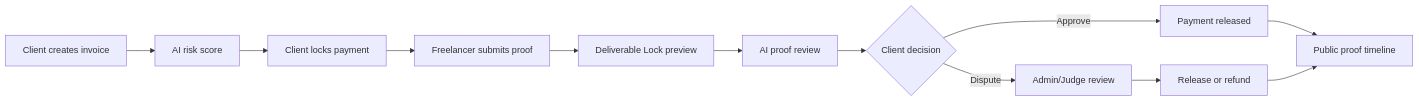
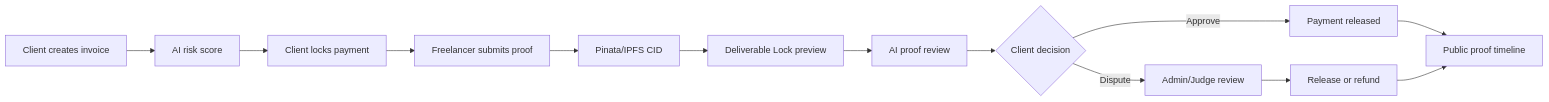
The first of 2 diagrams in README.md (virajkvk18/SealPay), drawn with Mermaid before and after one commit. The commit also changed other lines of this file and 12 other files, not shown here.

Commit message:
Add IPFS proof upload and AI review flow

````diff
--- a/README.md
+++ b/README.md
@@ -50,14 +51,15 @@
 ```mermaid
 flowchart LR
   A["Client creates invoice"] --> B["AI risk score"]
   B --> C["Client locks payment"]
   C --> D["Freelancer submits proof"]
-  D --> E["Deliverable Lock preview"]
-  E --> F["AI proof review"]
-  F --> G{"Client decision"}
-  G -->|Approve| H["Payment released"]
-  G -->|Dispute| I["Admin/Judge review"]
-  I --> J["Release or refund"]
-  H --> K["Public proof timeline"]
-  J --> K
+  D --> E["Pinata/IPFS CID"]
+  E --> F["Deliverable Lock preview"]
+  F --> G["AI proof review"]
+  G --> H{"Client decision"}
+  H -->|Approve| I["Payment released"]
+  H -->|Dispute| J["Admin/Judge review"]
+  J --> K["Release or refund"]
+  I --> L["Public proof timeline"]
+  K --> L
 ```
````
